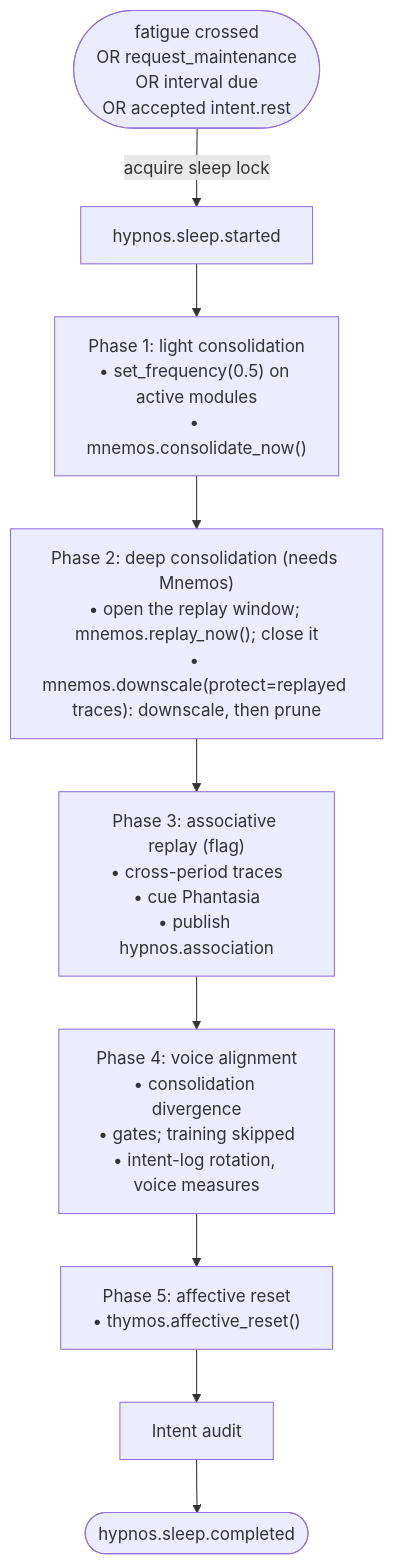
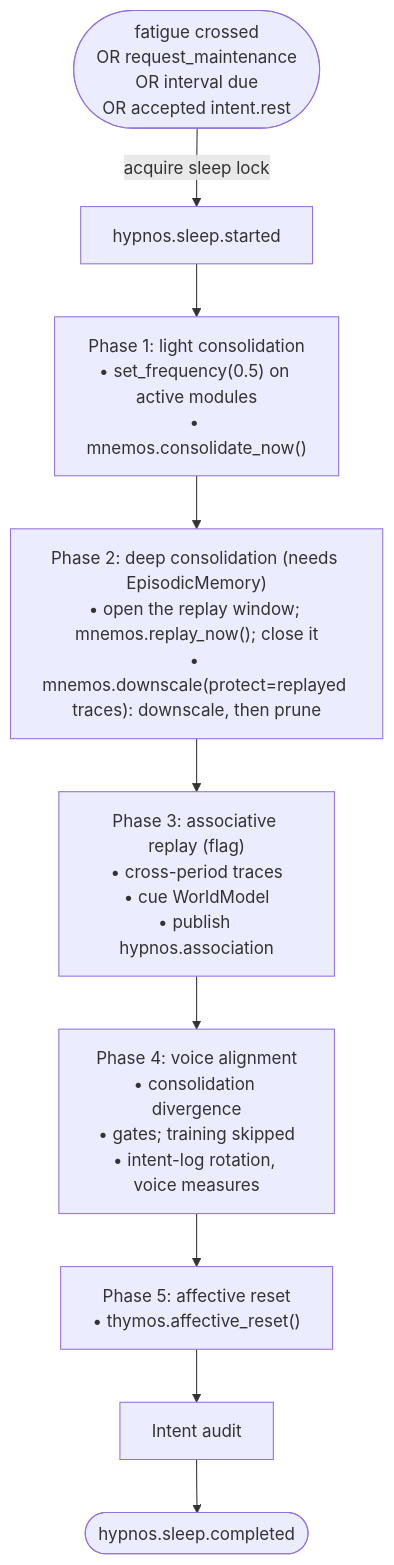
The diagram in docs/09-modules/sleep.md (kaineone/kaine), drawn with Mermaid before and after one commit. The commit also changed other lines of this file and 447 other files, not shown here.

First line of the commit message:
functional-module-names step 5b: identifiers for affect, sleep, episodic memory, world model

````diff
--- a/docs/09-modules/sleep.md
+++ b/docs/09-modules/sleep.md
@@ -46,16 +46,16 @@
 ```mermaid
 flowchart TD
     S([fatigue crossed\nOR request_maintenance\nOR interval due\nOR accepted intent.rest]) -->|acquire sleep lock| ST[hypnos.sleep.started]
     ST --> P1
     P1["Phase 1: light consolidation\n• set_frequency(0.5) on active modules\n• mnemos.consolidate_now()"]
     P1 --> P2
-    P2["Phase 2: deep consolidation (needs Mnemos)\n• open the replay window; mnemos.replay_now(); close it\n• mnemos.downscale(protect=replayed traces): downscale, then prune"]
+    P2["Phase 2: deep consolidation (needs EpisodicMemory)\n• open the replay window; mnemos.replay_now(); close it\n• mnemos.downscale(protect=replayed traces): downscale, then prune"]
     P2 --> P3
-    P3["Phase 3: associative replay (flag)\n• cross-period traces\n• cue Phantasia\n• publish hypnos.association"]
+    P3["Phase 3: associative replay (flag)\n• cross-period traces\n• cue WorldModel\n• publish hypnos.association"]
     P3 --> P4
     P4["Phase 4: voice alignment\n• consolidation divergence\n• gates; training skipped\n• intent-log rotation, voice measures"]
     P4 --> P5
     P5["Phase 5: affective reset\n• thymos.affective_reset()"]
     P5 --> R[Intent audit]
     R --> E([hypnos.sleep.completed])
 ```
````
